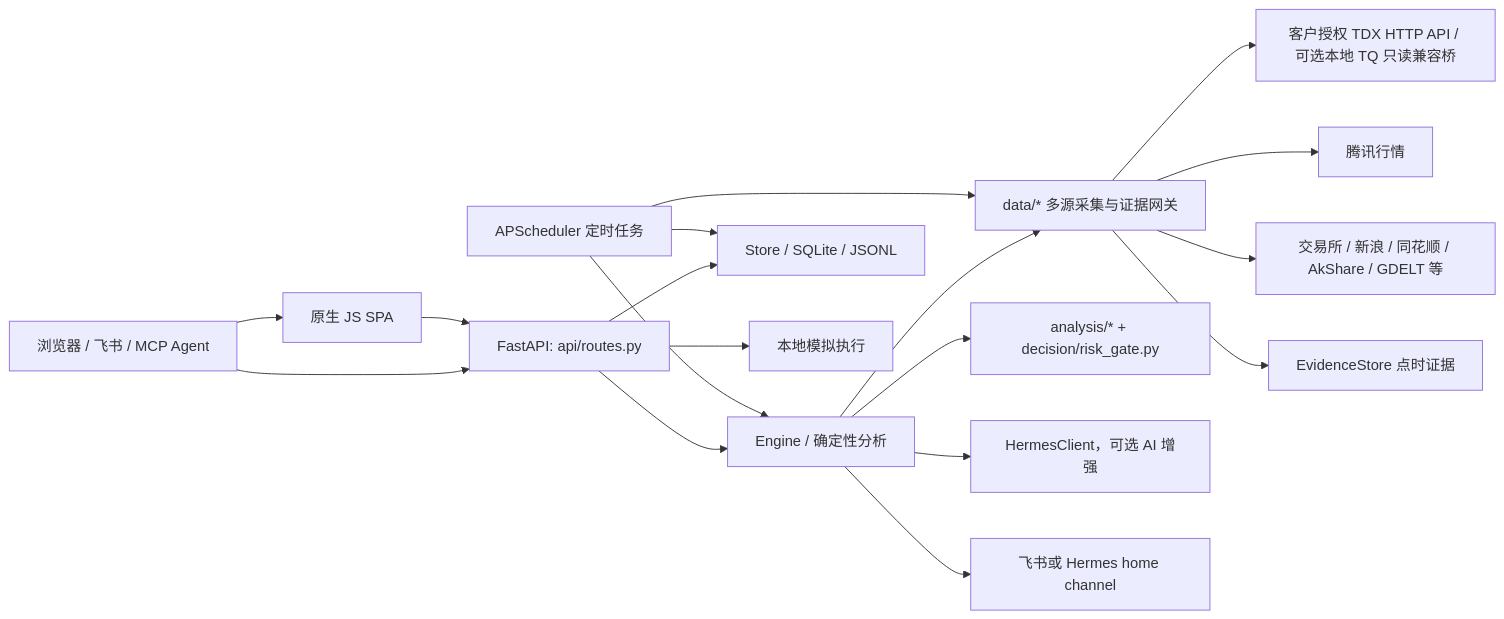
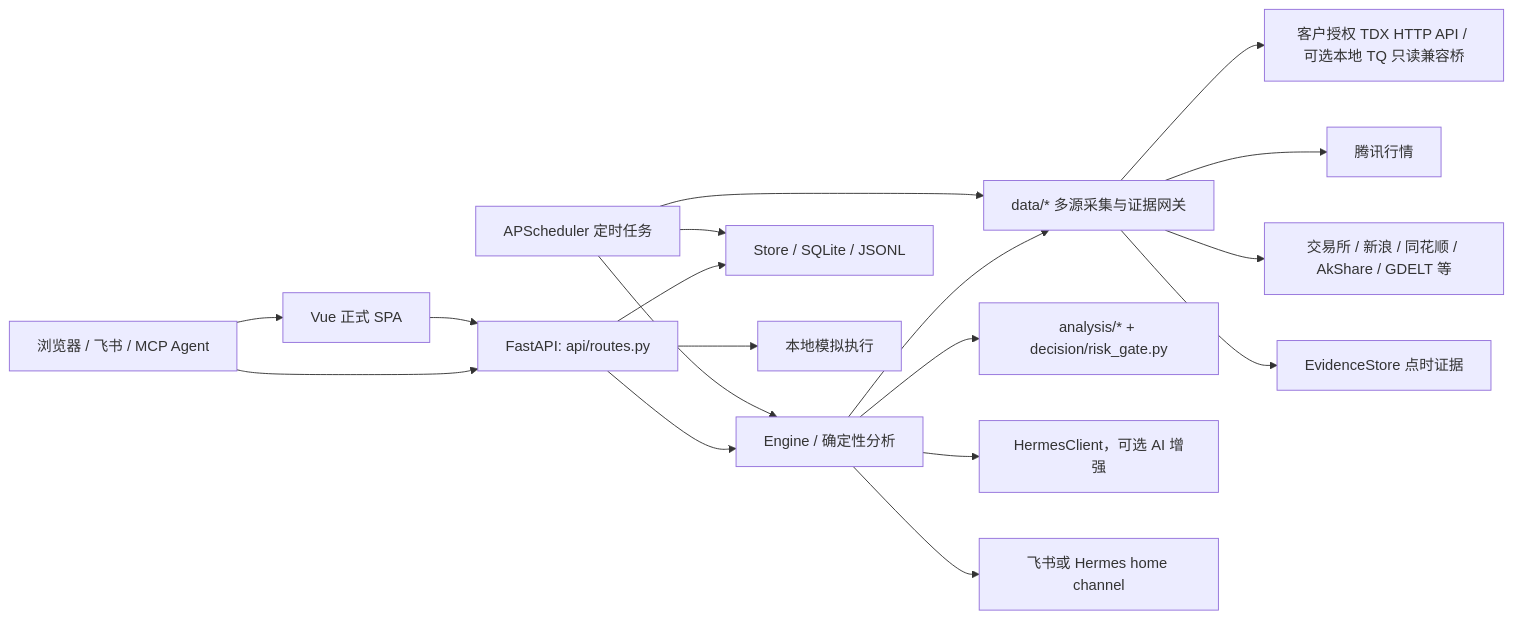
One commit to zero-yj-plus/Investment-Support-System changed the diagram in PROJECT_GUIDE.md. Above: the diagram before and after it, drawn with Mermaid. The commit also changed other lines of this file and 50 other files, not shown here.

````diff
--- a/PROJECT_GUIDE.md
+++ b/PROJECT_GUIDE.md
@@ -37,24 +37,24 @@
 ```mermaid
 flowchart LR
     U["浏览器 / 飞书 / MCP Agent"] --> API["FastAPI: api/routes.py"]
-    U --> SPA["原生 JS SPA"]
+    U --> SPA["Vue 正式 SPA"]
     SPA --> API
 
     API --> ENG["Engine / 确定性分析"]
     API --> STORE["Store / SQLite / JSONL"]
     API --> SIM["本地模拟执行"]
 
     ENG --> DATA["data/* 多源采集与证据网关"]
     ENG --> RULES["analysis/* + decision/risk_gate.py"]
     ENG --> AI["HermesClient，可选 AI 增强"]
     ENG --> PUSH["飞书或 Hermes home channel"]
 
     DATA --> TDX["客户授权 TDX HTTP API / 可选本地 TQ 只读兼容桥"]
     DATA --> TENCENT["腾讯行情"]
     DATA --> PUBLIC["交易所 / 新浪 / 同花顺 / AkShare / GDELT 等"]
     DATA --> EVIDENCE["EvidenceStore 点时证据"]
 
     JOBS["APScheduler 定时任务"] --> ENG
     JOBS --> DATA
     JOBS --> STORE
 ```
````
